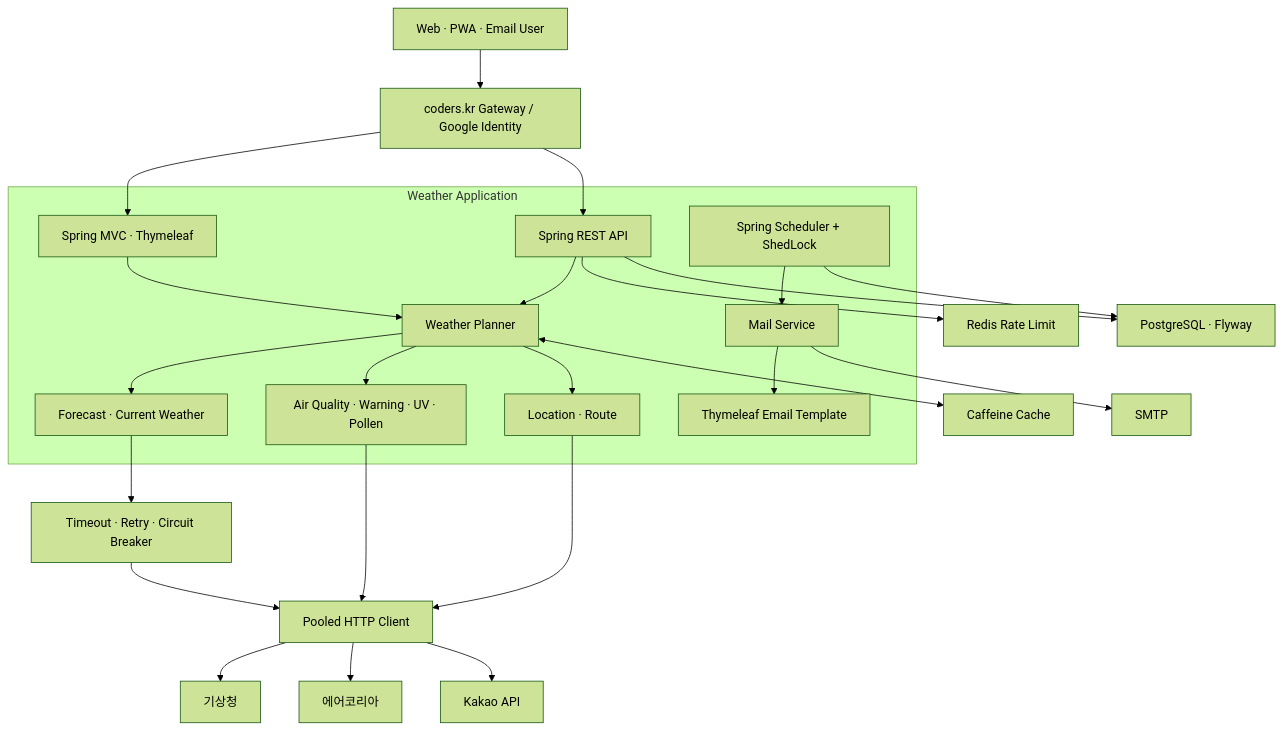
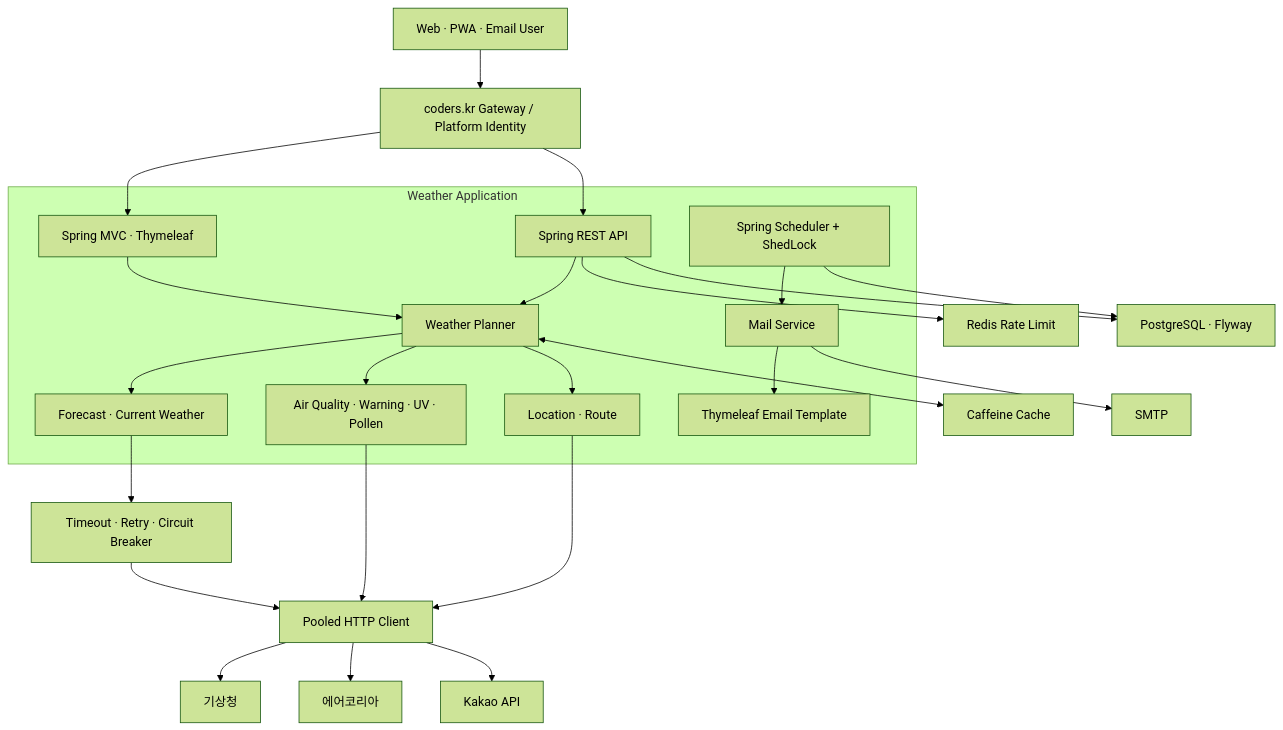
Before and after one commit to boclair98/Weather: the second of 2 diagrams in README.md, drawn with Mermaid (forest theme). The commit also changed other lines of this file and 14 other files, not shown here.

````diff
--- a/README.md
+++ b/README.md
@@ -151,30 +151,30 @@
 ```mermaid
 flowchart TB
-    Client["Web · PWA · Email User"] --> Gateway["coders.kr Gateway / Google Identity"]
+    Client["Web · PWA · Email User"] --> Gateway["coders.kr Gateway / Platform Identity"]
     Gateway --> Web["Spring MVC · Thymeleaf"]
     Gateway --> API["Spring REST API"]
 
     subgraph Application["Weather Application"]
         Web --> Planner["Weather Planner"]
         API --> Planner
         Planner --> Weather["Forecast · Current Weather"]
         Planner --> Safety["Air Quality · Warning · UV · Pollen"]
         Planner --> Route["Location · Route"]
         Scheduler["Spring Scheduler + ShedLock"] --> Mail["Mail Service"]
         Mail --> Template["Thymeleaf Email Template"]
     end
 
     Weather --> Guard["Timeout · Retry · Circuit Breaker"]
     Guard --> HTTP["Pooled HTTP Client"]
     Safety --> HTTP
     Route --> HTTP
     HTTP --> KMA["기상청"]
     HTTP --> AirKorea["에어코리아"]
     HTTP --> Kakao["Kakao API"]
 
     Planner <--> Cache["Caffeine Cache"]
     API --> Redis["Redis Rate Limit"]
     Scheduler --> DB["PostgreSQL · Flyway"]
     Mail --> SMTP["SMTP"]
     API --> DB
 ```
````
